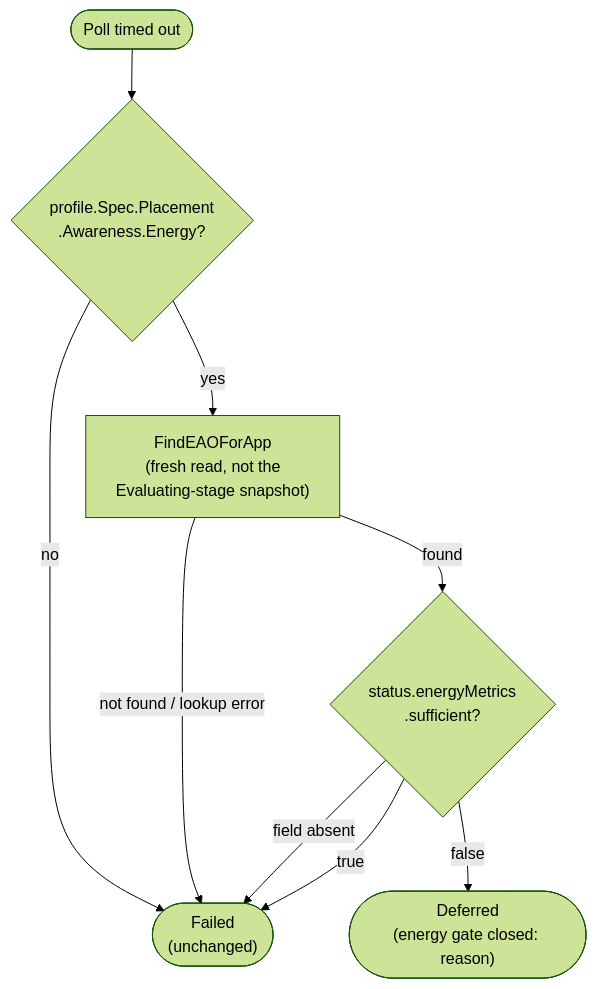
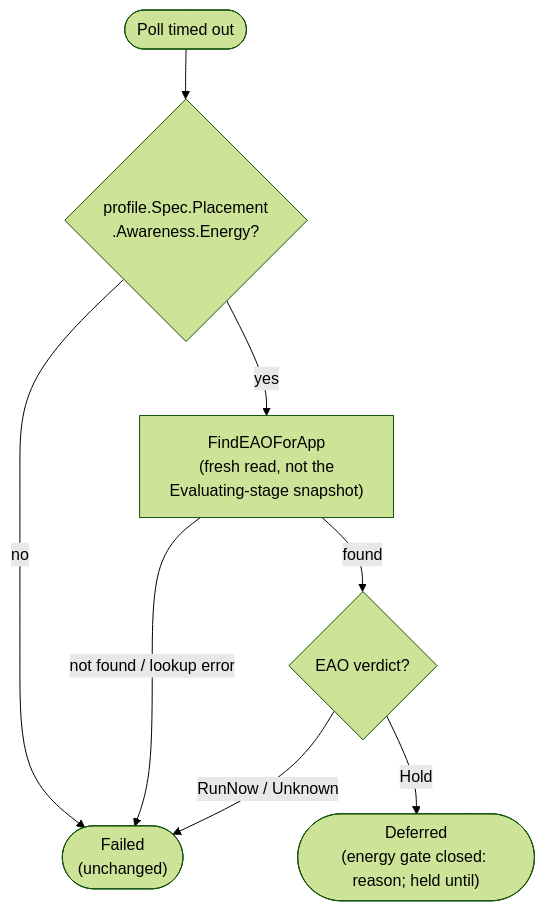
The tenth of 35 diagrams in internal/rebalance/README.md (HIRO-MicroDataCenters-BV/hiro-adaptive-orchestrator), drawn with Mermaid (forest theme) before and after one commit. The commit also changed other lines of this file and 20 other files, not shown here.

Commit message:
Make the energy gate, EnergyThreshold trigger and timeout label follow the EAO verdict instead of energyMetrics.sufficient, sharing one EAOSettings

````diff
--- a/internal/rebalance/README.md
+++ b/internal/rebalance/README.md
@@ -525,11 +525,10 @@
 ```mermaid
 flowchart TD
     Timeout(["Poll timed out"]) --> Aware{"profile.Spec.Placement<br/>.Awareness.Energy?"}
     Aware -- no --> Failed(["Failed<br/>(unchanged)"])
     Aware -- yes --> Lookup["FindEAOForApp<br/>(fresh read, not the<br/>Evaluating-stage snapshot)"]
     Lookup -- "not found / lookup error" --> Failed
-    Lookup -- found --> Sufficient{"status.energyMetrics<br/>.sufficient?"}
-    Sufficient -- "field absent" --> Failed
-    Sufficient -- "true" --> Failed
-    Sufficient -- "false" --> Deferred(["Deferred<br/>(energy gate closed: reason)"])
+    Lookup -- found --> Verdict{"EAO verdict?"}
+    Verdict -- "RunNow / Unknown" --> Failed
+    Verdict -- "Hold" --> Deferred(["Deferred<br/>(energy gate closed: reason; held until)"])
 ```
````
